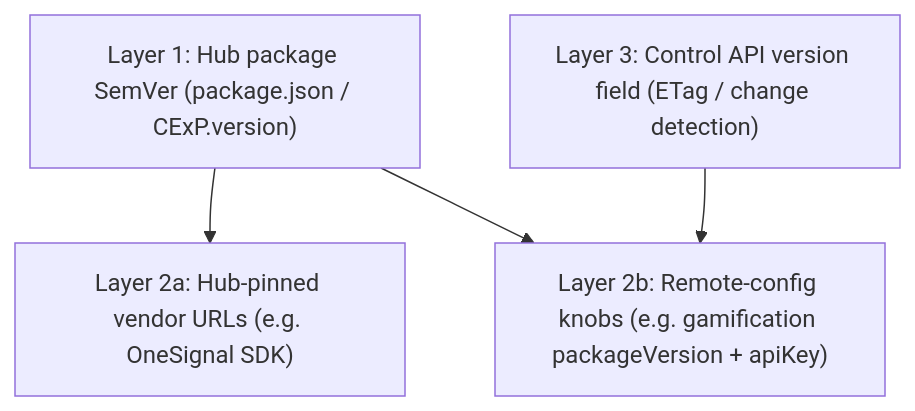
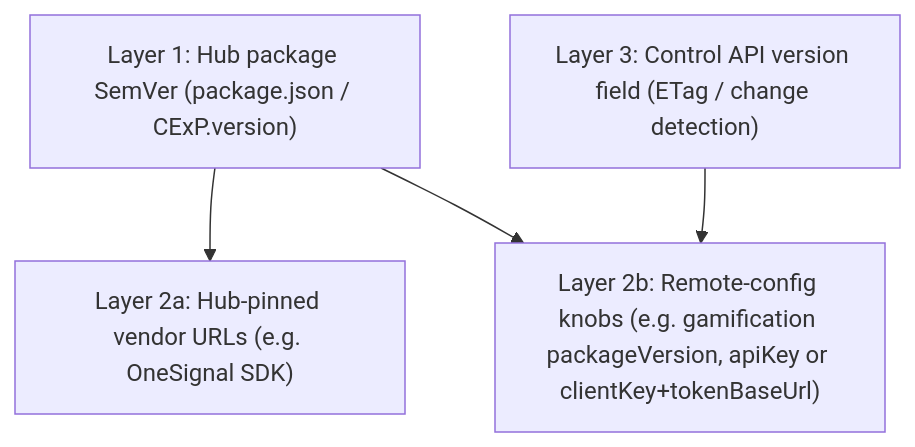
Before and after one commit to CExP-dev/cexp-hub-sdk: the second of 4 diagrams in docs/superpowers/specs/2026-03-30-version-management-design.md, drawn with Mermaid. The commit also changed other lines of this file and 14 other files, not shown here.

````diff
--- a/docs/superpowers/specs/2026-03-30-version-management-design.md
+++ b/docs/superpowers/specs/2026-03-30-version-management-design.md
@@ -73,11 +73,11 @@
 ```mermaid
 flowchart TB
   L1["Layer 1: Hub package SemVer (package.json / CExP.version)"]
   L2a["Layer 2a: Hub-pinned vendor URLs (e.g. OneSignal SDK)"]
-  L2b["Layer 2b: Remote-config knobs (e.g. gamification packageVersion + apiKey)"]
+  L2b["Layer 2b: Remote-config knobs (e.g. gamification packageVersion, apiKey or clientKey+tokenBaseUrl)"]
   L3["Layer 3: Control API version field (ETag / change detection)"]
 
   L1 --> L2a
   L1 --> L2b
   L3 --> L2b
 ```
````
